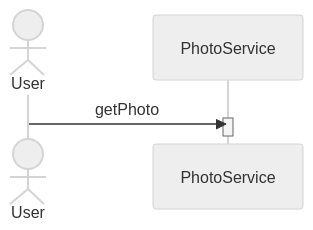
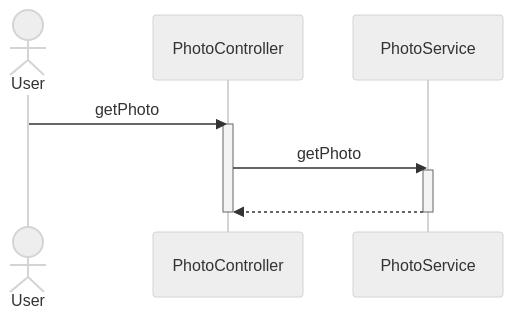
The eighth of 10 diagrams in README.md (lightmon233/Memento), drawn with Mermaid (neutral theme) before and after one commit. The commit also changed other lines of this file, not shown here.

````diff
--- a/README.md
+++ b/README.md
@@ -201,7 +217,11 @@
 ```mermaid
 sequenceDiagram
 actor User
-User ->> PhotoService : getPhoto
+User ->> PhotoController : getPhoto
+activate PhotoController
+PhotoController ->> PhotoService : getPhoto
 activate PhotoService
+PhotoService -->> PhotoController : #32; 
 deactivate PhotoService
+deactivate PhotoController
 ```
````
